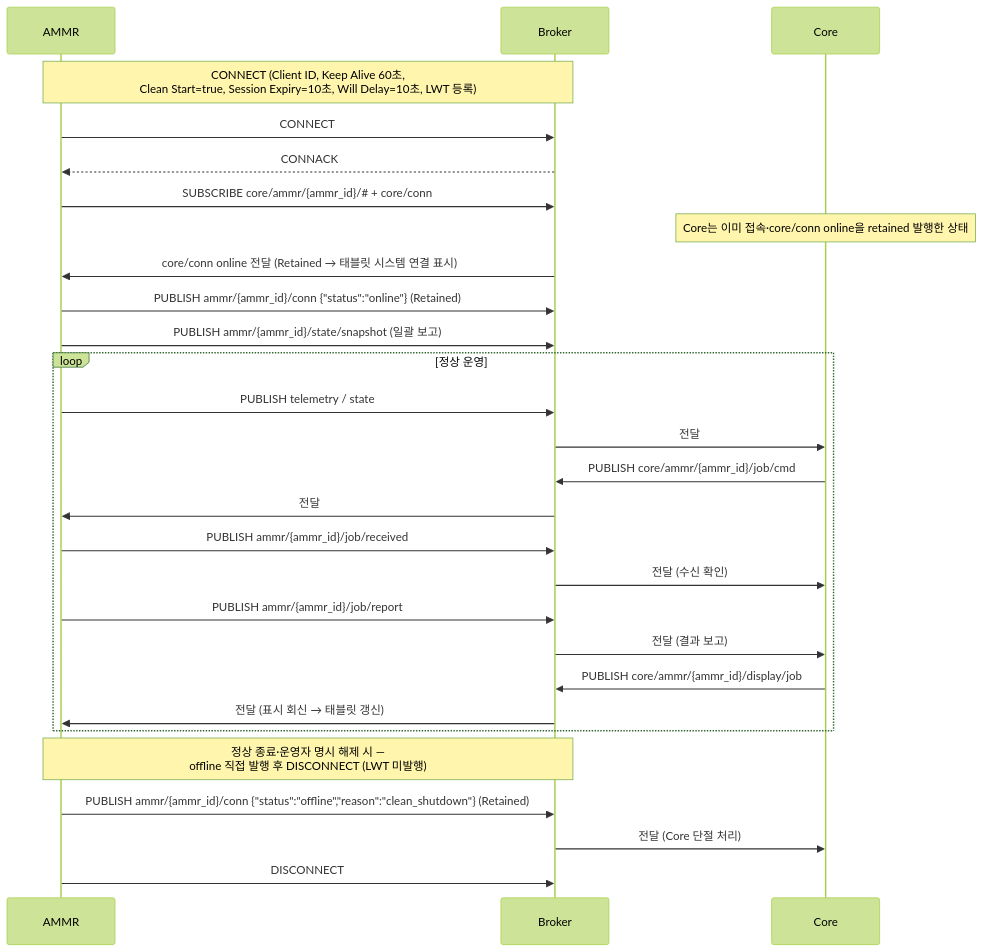
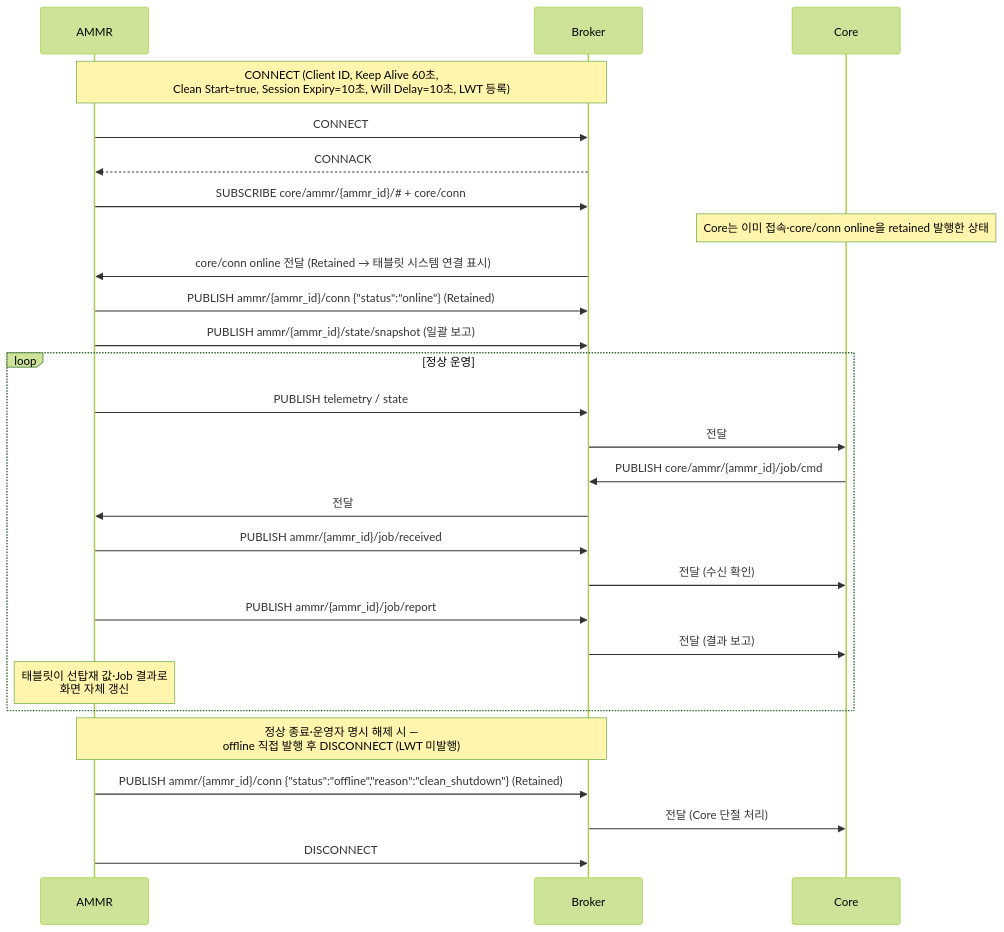
One commit to kimminsu0315/Core-Docs changed the third of 13 diagrams in docs/out/Core_ICD_AMMR.md. Above: the diagram before and after it, drawn with Mermaid (forest theme). The commit also changed other lines of this file and 8 other files, not shown here.

````diff
--- a/docs/out/Core_ICD_AMMR.md
+++ b/docs/out/Core_ICD_AMMR.md
@@ -240,33 +234,32 @@
 ```mermaid
 sequenceDiagram
     participant A as AMMR
     participant B as Broker
     participant C as Core
 
     Note over A,B: CONNECT (Client ID, Keep Alive 60초,<br/>Clean Start=true, Session Expiry=10초, Will Delay=10초, LWT 등록)
     A->>B: CONNECT
     B-->>A: CONNACK
     A->>B: SUBSCRIBE core/ammr/{ammr_id}/#35; + core/conn
     Note over C: Core는 이미 접속·core/conn online을 retained 발행한 상태
     B->>A: core/conn online 전달 (Retained → 태블릿 시스템 연결 표시)
     A->>B: PUBLISH ammr/{ammr_id}/conn {"status":"online"} (Retained)
     A->>B: PUBLISH ammr/{ammr_id}/state/snapshot (일괄 보고)
 
     loop 정상 운영
         A->>B: PUBLISH telemetry / state
         B->>C: 전달
         C->>B: PUBLISH core/ammr/{ammr_id}/job/cmd
         B->>A: 전달
         A->>B: PUBLISH ammr/{ammr_id}/job/received
         B->>C: 전달 (수신 확인)
         A->>B: PUBLISH ammr/{ammr_id}/job/report
         B->>C: 전달 (결과 보고)
-        C->>B: PUBLISH core/ammr/{ammr_id}/display/job
-        B->>A: 전달 (표시 회신 → 태블릿 갱신)
+        Note over A: 태블릿이 선탑재 값·Job 결과로<br/>화면 자체 갱신
     end
 
     Note over A,B: 정상 종료·운영자 명시 해제 시 —<br/>offline 직접 발행 후 DISCONNECT (LWT 미발행)
     A->>B: PUBLISH ammr/{ammr_id}/conn {"status":"offline","reason":"clean_shutdown"} (Retained)
     B->>C: 전달 (Core 단절 처리)
     A->>B: DISCONNECT
 ```
````
